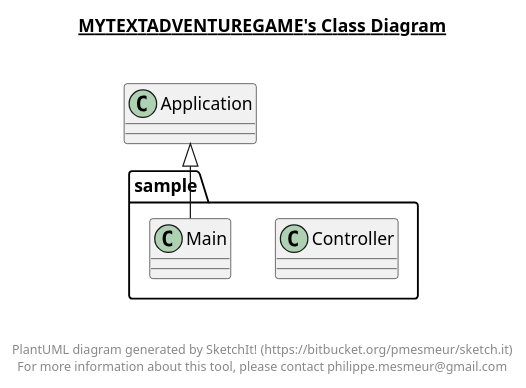
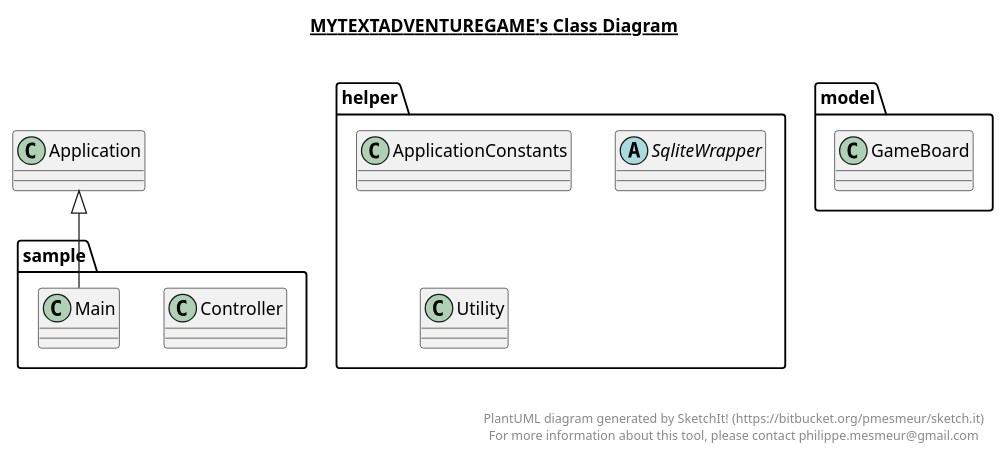
Before and after one commit to AlexandraCristetiu/MyTextAdventureGame: the diagram in MyTextAdventureGame.plantuml, drawn with PlantUML. The commit also changed 2 other files, not shown here.

Commit message:
Sqlite donev2

```diff
--- a/MyTextAdventureGame.plantuml
+++ b/MyTextAdventureGame.plantuml
@@ -1,27 +1,51 @@
 @startuml
 
 title __MYTEXTADVENTUREGAME's Class Diagram__\n
+
+  package helper {
+    class ApplicationConstants {
+    }
+  }
+  
 
   package sample {
     class Controller {
     }
   }
   
 
+  package model {
+    class GameBoard {
+    }
+  }
+  
+
   package sample {
     class Main {
+    }
+  }
+  
+
+  package helper {
+    abstract class SqliteWrapper {
+    }
+  }
+  
+
+  package helper {
+    class Utility {
     }
   }
   
 
   Main -up-|> Application
 
 
 right footer
 
 
 PlantUML diagram generated by SketchIt! (https://bitbucket.org/pmesmeur/sketch.it)
 For more information about this tool, please contact philippe.mesmeur@gmail.com
 endfooter
 
 @enduml
```
